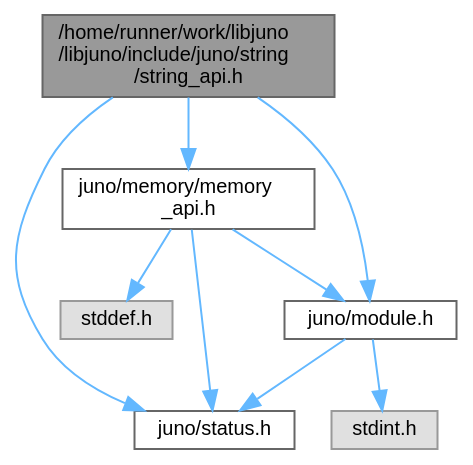
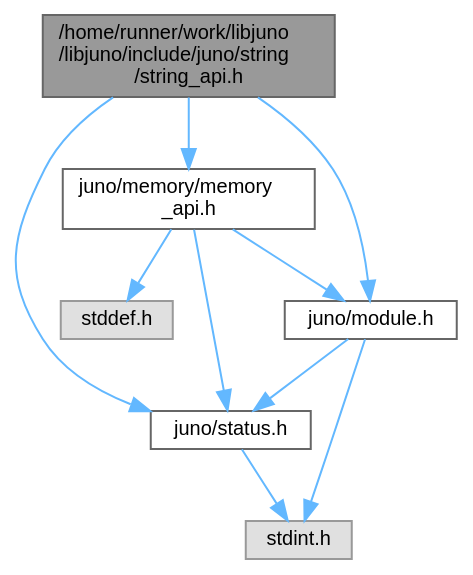
One commit to robinonsay/libjuno changed the diagram in string__api_8h__incl.dot. Above: the diagram before and after it, drawn with Graphviz. The commit also changed 259 other files, not shown here.

```diff
--- a/string__api_8h__incl.dot
+++ b/string__api_8h__incl.dot
@@ -1,21 +1,22 @@
 digraph "/home/runner/work/libjuno/libjuno/include/juno/string/string_api.h"
 {
  // LATEX_PDF_SIZE
   bgcolor="transparent";
   edge [fontname=Helvetica,fontsize=10,labelfontname=Helvetica,labelfontsize=10];
   node [fontname=Helvetica,fontsize=10,shape=box,height=0.2,width=0.4];
   Node1 [id="Node000001",label="/home/runner/work/libjuno\l/libjuno/include/juno/string\l/string_api.h",height=0.2,width=0.4,color="gray40", fillcolor="grey60", style="filled", fontcolor="black",tooltip=" "];
   Node1 -> Node2 [id="edge1_Node000001_Node000002",color="steelblue1",style="solid",tooltip=" "];
   Node2 [id="Node000002",label="juno/memory/memory\l_api.h",height=0.2,width=0.4,color="grey40", fillcolor="white", style="filled",URL="$memory__api_8h.html",tooltip=" "];
   Node2 -> Node3 [id="edge2_Node000002_Node000003",color="steelblue1",style="solid",tooltip=" "];
   Node3 [id="Node000003",label="juno/status.h",height=0.2,width=0.4,color="grey40", fillcolor="white", style="filled",URL="$status_8h.html",tooltip=" "];
-  Node2 -> Node4 [id="edge3_Node000002_Node000004",color="steelblue1",style="solid",tooltip=" "];
-  Node4 [id="Node000004",label="juno/module.h",height=0.2,width=0.4,color="grey40", fillcolor="white", style="filled",URL="$module_8h.html",tooltip=" "];
-  Node4 -> Node3 [id="edge4_Node000004_Node000003",color="steelblue1",style="solid",tooltip=" "];
-  Node4 -> Node5 [id="edge5_Node000004_Node000005",color="steelblue1",style="solid",tooltip=" "];
-  Node5 [id="Node000005",label="stdint.h",height=0.2,width=0.4,color="grey60", fillcolor="#E0E0E0", style="filled",tooltip=" "];
-  Node2 -> Node6 [id="edge6_Node000002_Node000006",color="steelblue1",style="solid",tooltip=" "];
+  Node3 -> Node4 [id="edge3_Node000003_Node000004",color="steelblue1",style="solid",tooltip=" "];
+  Node4 [id="Node000004",label="stdint.h",height=0.2,width=0.4,color="grey60", fillcolor="#E0E0E0", style="filled",tooltip=" "];
+  Node2 -> Node5 [id="edge4_Node000002_Node000005",color="steelblue1",style="solid",tooltip=" "];
+  Node5 [id="Node000005",label="juno/module.h",height=0.2,width=0.4,color="grey40", fillcolor="white", style="filled",URL="$module_8h.html",tooltip=" "];
+  Node5 -> Node3 [id="edge5_Node000005_Node000003",color="steelblue1",style="solid",tooltip=" "];
+  Node5 -> Node4 [id="edge6_Node000005_Node000004",color="steelblue1",style="solid",tooltip=" "];
+  Node2 -> Node6 [id="edge7_Node000002_Node000006",color="steelblue1",style="solid",tooltip=" "];
   Node6 [id="Node000006",label="stddef.h",height=0.2,width=0.4,color="grey60", fillcolor="#E0E0E0", style="filled",tooltip=" "];
-  Node1 -> Node3 [id="edge7_Node000001_Node000003",color="steelblue1",style="solid",tooltip=" "];
-  Node1 -> Node4 [id="edge8_Node000001_Node000004",color="steelblue1",style="solid",tooltip=" "];
+  Node1 -> Node3 [id="edge8_Node000001_Node000003",color="steelblue1",style="solid",tooltip=" "];
+  Node1 -> Node5 [id="edge9_Node000001_Node000005",color="steelblue1",style="solid",tooltip=" "];
 }
```
